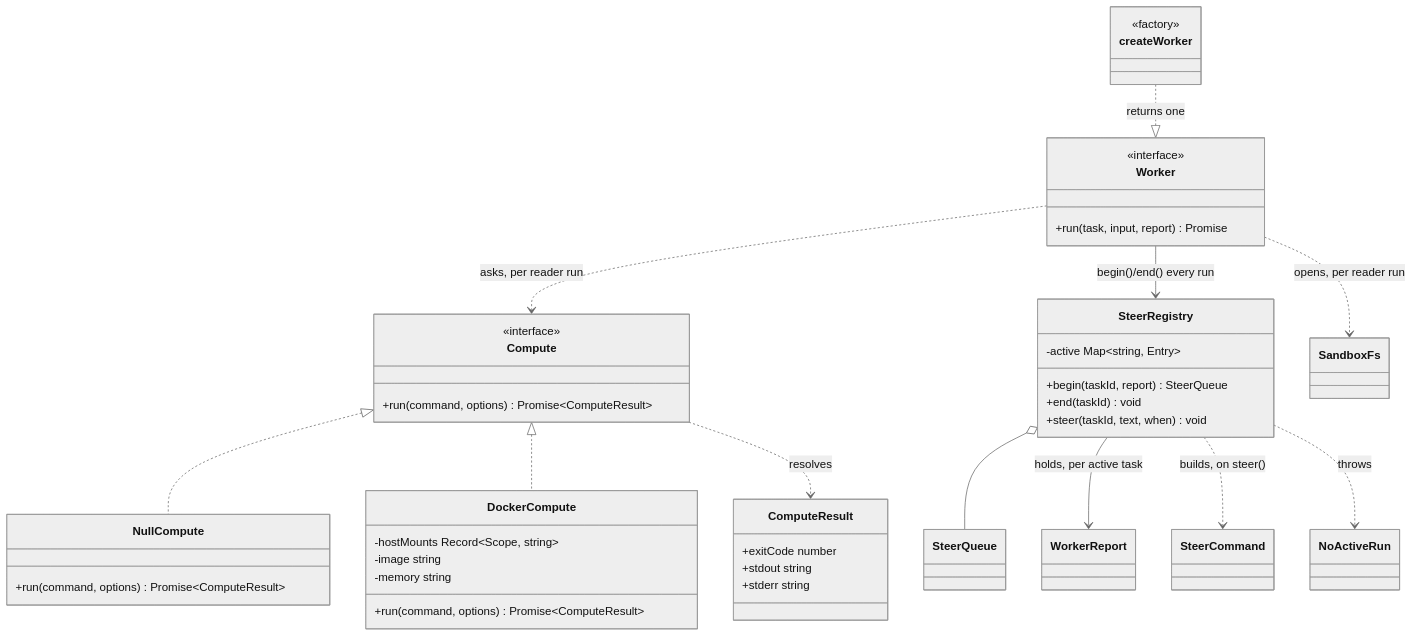
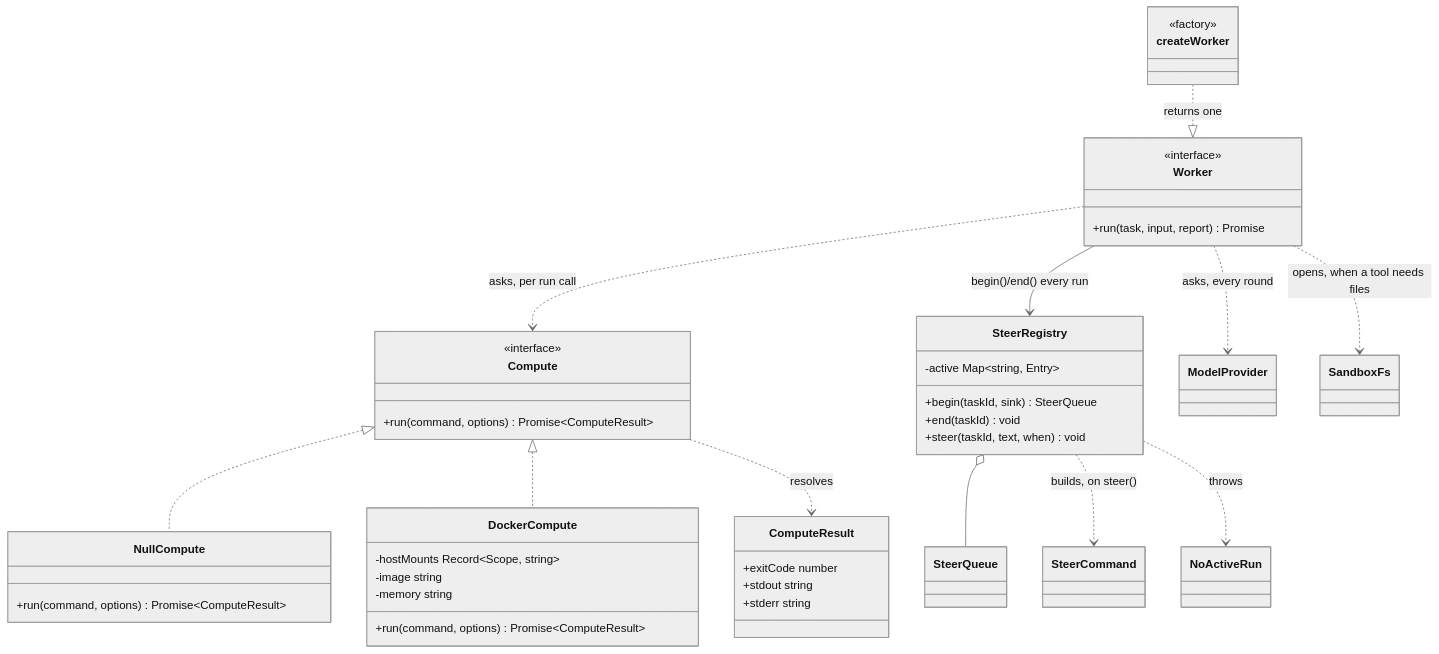
Before and after one commit to ziyangliu-666/lumen-next: the second of 2 diagrams in apps/server/src/modules/steering/DESIGN.md, drawn with Mermaid (neutral theme). The commit also changed other lines of this file and 8 other files, not shown here.

First line of the commit message:
feat(steering): the worker thinks with the model, in a tool-calling loop

````diff
--- a/apps/server/src/modules/steering/DESIGN.md
+++ b/apps/server/src/modules/steering/DESIGN.md
@@ -157,48 +166,48 @@
 ```mermaid
 classDiagram
   class Compute {
     <<interface>>
     +run(command, options) Promise~ComputeResult~
   }
   class NullCompute {
     +run(command, options) Promise~ComputeResult~
   }
   class DockerCompute {
     -hostMounts Record~Scope, string~
     -image string
     -memory string
     +run(command, options) Promise~ComputeResult~
   }
   class ComputeResult {
     +exitCode number
     +stdout string
     +stderr string
   }
   Compute <|.. NullCompute
   Compute <|.. DockerCompute
   Compute ..> ComputeResult : resolves
 
   class SteerRegistry {
     -active Map~string, Entry~
-    +begin(taskId, report) SteerQueue
+    +begin(taskId, sink) SteerQueue
     +end(taskId) void
     +steer(taskId, text, when) void
   }
   class NoActiveRun
   SteerRegistry o-- SteerQueue
-  SteerRegistry --> WorkerReport : holds, per active task
   SteerRegistry ..> SteerCommand : builds, on steer()
   SteerRegistry ..> NoActiveRun : throws
 
   class Worker {
     <<interface>>
     +run(task, input, report) Promise
   }
   class createWorker {
     <<factory>>
   }
   createWorker ..|> Worker : returns one
-  Worker ..> SandboxFs : opens, per reader run
-  Worker ..> Compute : asks, per reader run
+  Worker ..> ModelProvider : asks, every round
+  Worker ..> SandboxFs : opens, when a tool needs files
+  Worker ..> Compute : asks, per run call
   Worker --> SteerRegistry : begin()/end() every run
 ```
````
